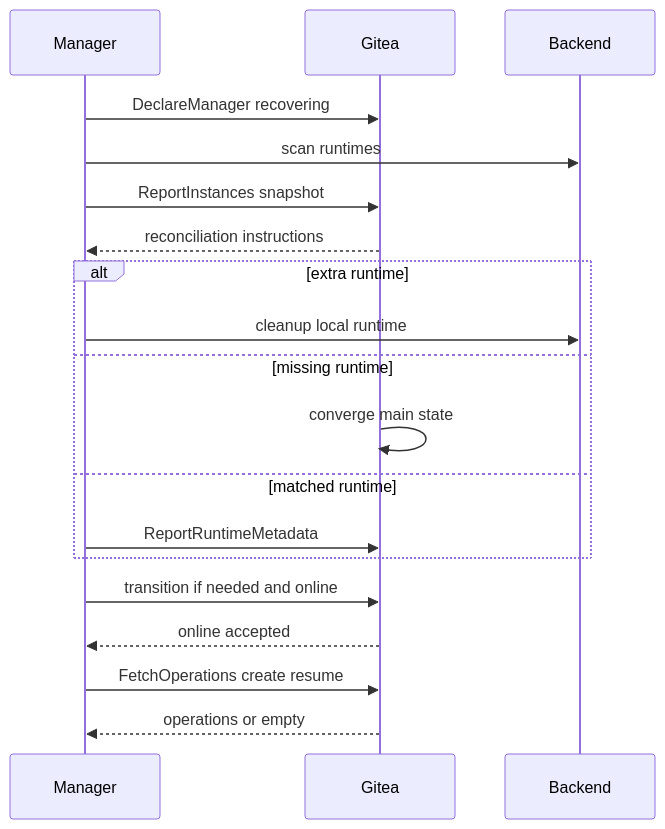
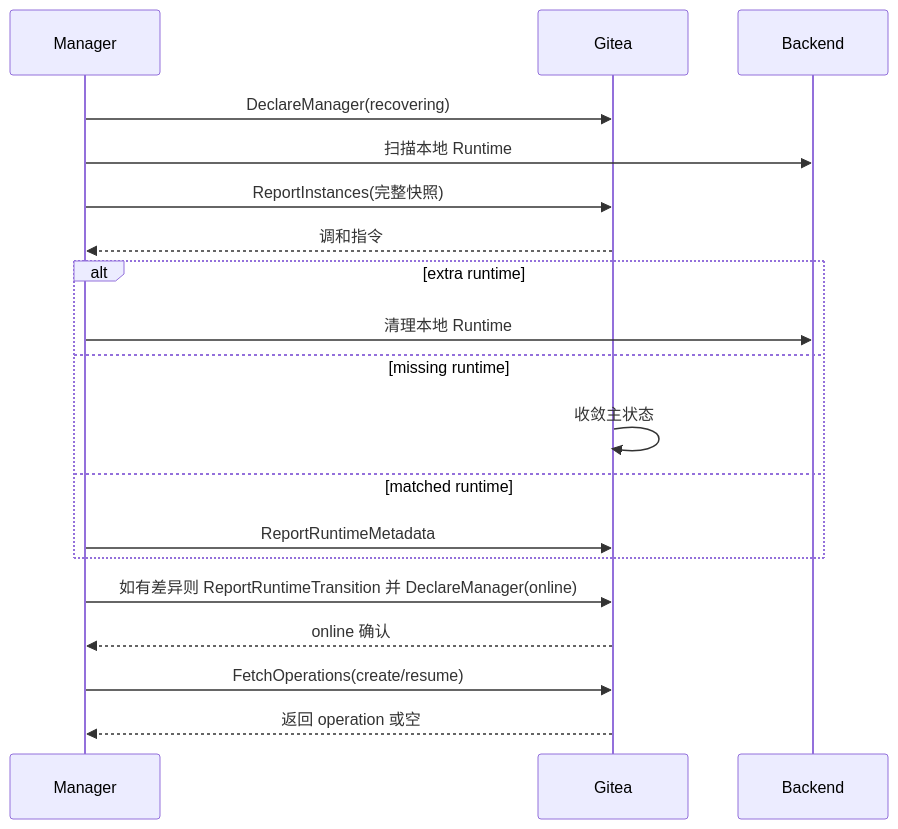
Before and after one commit to ExplodingDragon/gitea-dev: the diagram in src/maintenance-recovery.md, drawn with Mermaid. The commit also changed other lines of this file and 8 other files, not shown here.

````diff
--- a/src/maintenance-recovery.md
+++ b/src/maintenance-recovery.md
@@ -74,22 +74,22 @@
 ```mermaid
 sequenceDiagram
     participant M as Manager
     participant G as Gitea
     participant B as Backend
 
-    M->>G: DeclareManager recovering
-    M->>B: scan runtimes
-    M->>G: ReportInstances snapshot
-    G-->>M: reconciliation instructions
+    M->>G: DeclareManager(recovering)
+    M->>B: 扫描本地 Runtime
+    M->>G: ReportInstances(完整快照)
+    G-->>M: 调和指令
     alt extra runtime
-        M->>B: cleanup local runtime
+        M->>B: 清理本地 Runtime
     else missing runtime
-        G->>G: converge main state
+        G->>G: 收敛主状态
     else matched runtime
         M->>G: ReportRuntimeMetadata
     end
-    M->>G: transition if needed and online
-    G-->>M: online accepted
-    M->>G: FetchOperations create resume
-    G-->>M: operations or empty
+    M->>G: 如有差异则 ReportRuntimeTransition 并 DeclareManager(online)
+    G-->>M: online 确认
+    M->>G: FetchOperations(create/resume)
+    G-->>M: 返回 operation 或空
 ```
````
